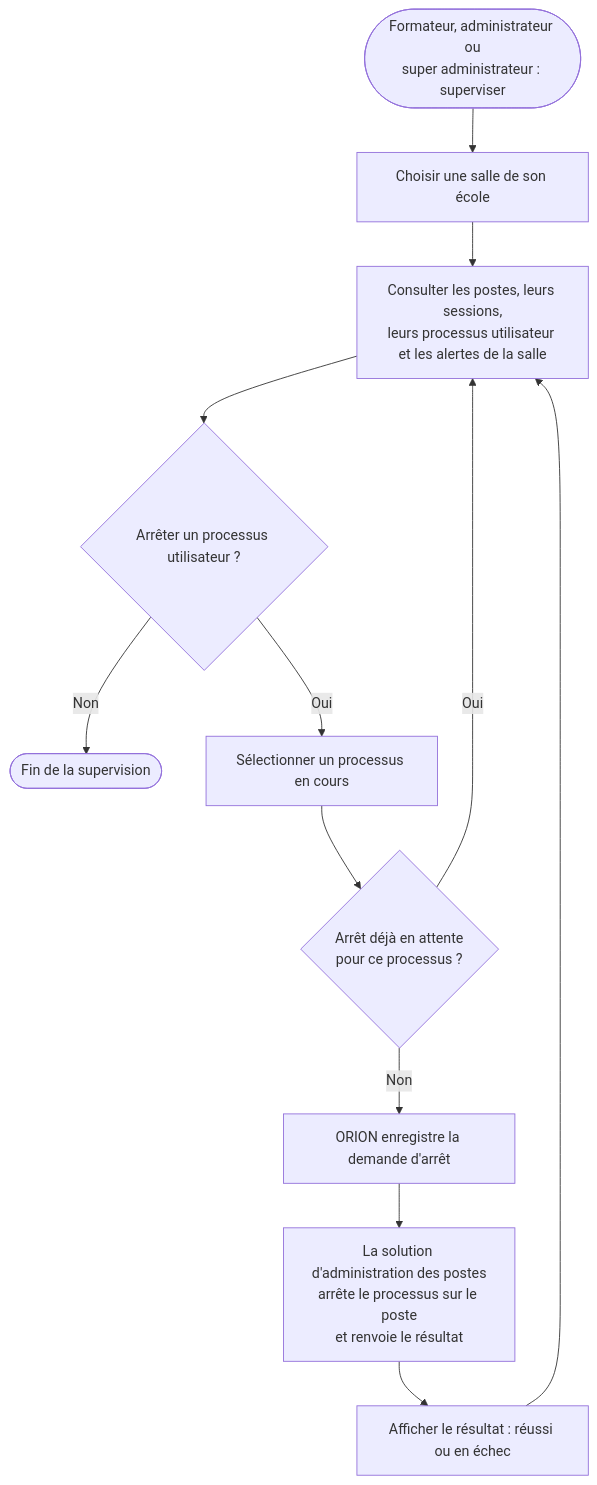
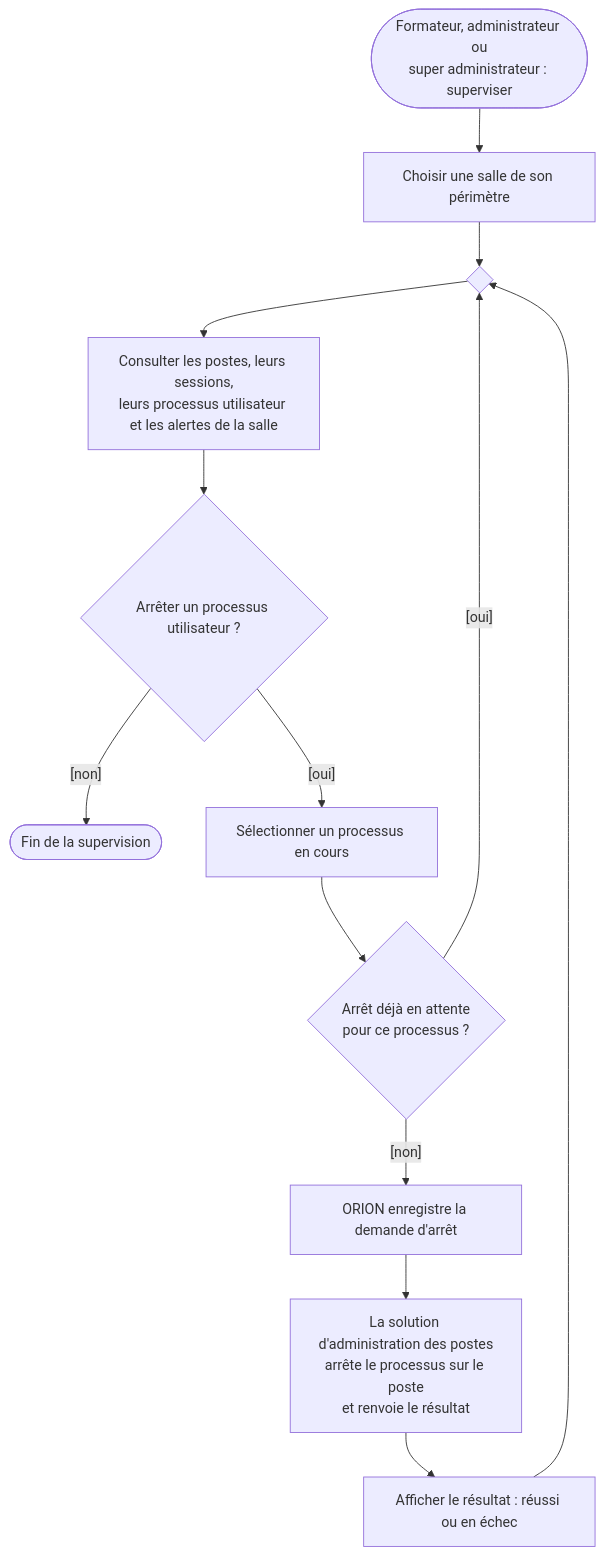
One commit to bpierrelouis/aster changed the fifth of 10 diagrams in docs/02-ANALYSE/01-MODELISATION-METIER/02-DIAGRAMMES-ACTIVITE.md. Above: the diagram before and after it, drawn with Mermaid. The commit also changed other lines of this file and 34 other files, not shown here.

First line of the commit message:
docs(diagrammes): aligner les diagrammes UML sur le code et les remettre en page

````diff
--- a/docs/02-ANALYSE/01-MODELISATION-METIER/02-DIAGRAMMES-ACTIVITE.md
+++ b/docs/02-ANALYSE/01-MODELISATION-METIER/02-DIAGRAMMES-ACTIVITE.md
@@ -92,14 +96,15 @@
 ```mermaid
 flowchart TD
-    debut(["Formateur, administrateur ou<br/>super administrateur : superviser"]) --> salle["Choisir une salle de son école"]
-    salle --> consulter["Consulter les postes, leurs sessions,<br/>leurs processus utilisateur et les alertes de la salle"]
+    debut(["Formateur, administrateur ou<br/>super administrateur : superviser"]) --> salle["Choisir une salle de son périmètre"]
+    salle --> fusion{" "}
+    fusion --> consulter["Consulter les postes, leurs sessions,<br/>leurs processus utilisateur et les alertes de la salle"]
     consulter --> arret{"Arrêter un processus utilisateur ?"}
-    arret -->|"Non"| fin(["Fin de la supervision"])
-    arret -->|"Oui"| selection["Sélectionner un processus en cours"]
+    arret -->|"[non]"| fin(["Fin de la supervision"])
+    arret -->|"[oui]"| selection["Sélectionner un processus en cours"]
     selection --> attente{"Arrêt déjà en attente<br/>pour ce processus ?"}
-    attente -->|"Oui"| consulter
-    attente -->|"Non"| demande["ORION enregistre la demande d'arrêt"]
+    attente -->|"[oui]"| fusion
+    attente -->|"[non]"| demande["ORION enregistre la demande d'arrêt"]
     demande --> execution["La solution d'administration des postes<br/>arrête le processus sur le poste<br/>et renvoie le résultat"]
     execution --> resultat["Afficher le résultat : réussi ou en échec"]
-    resultat --> consulter
+    resultat --> fusion
 ```
````
